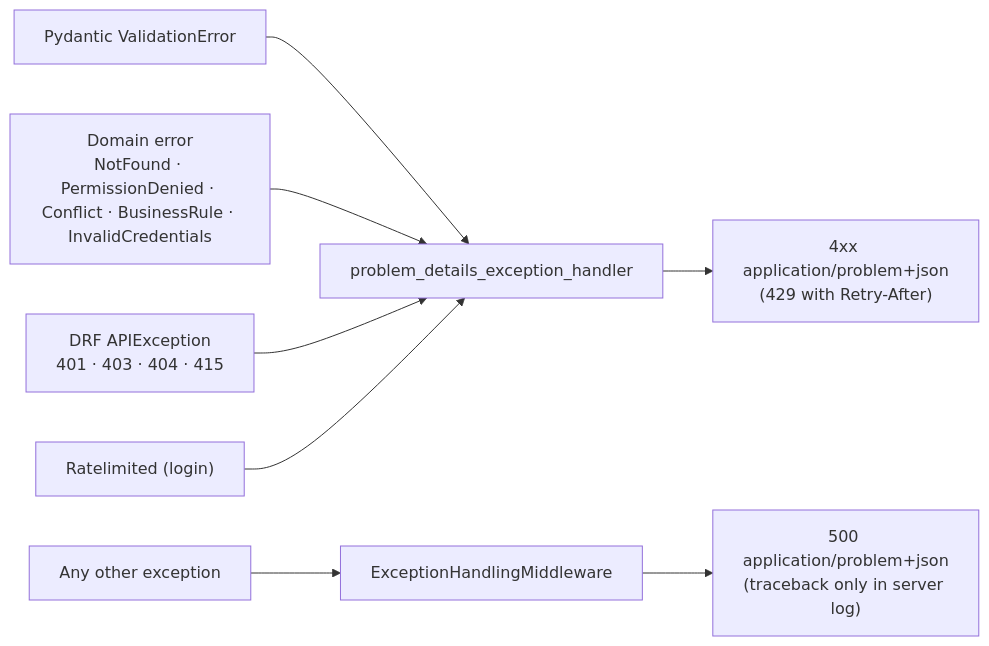
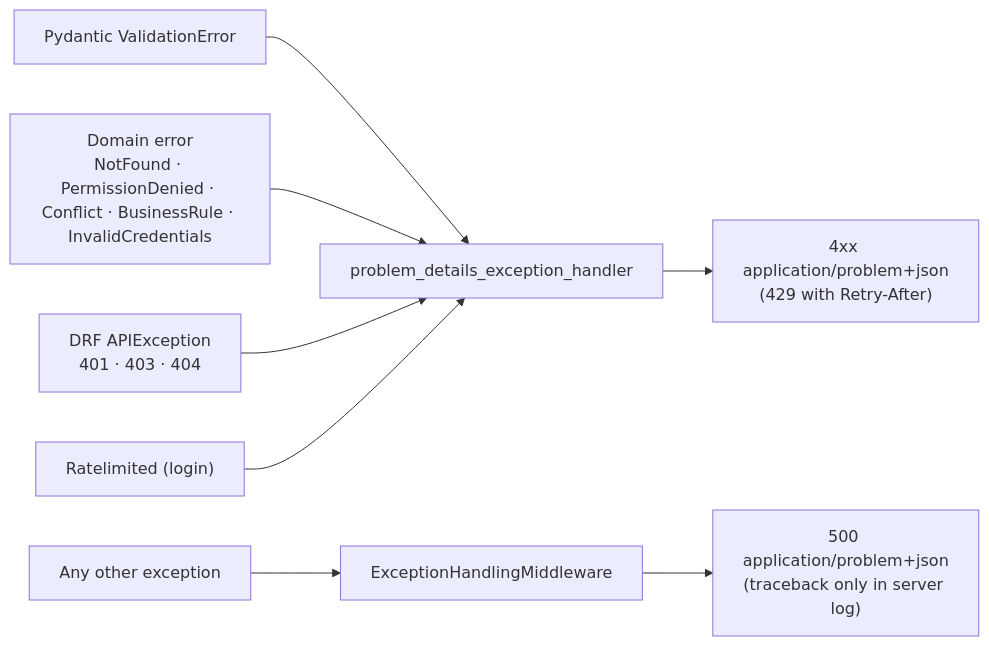
The third of 4 diagrams in README.md (YonatanHen/BookItAPI), drawn with Mermaid before and after one commit. The commit also changed other lines of this file, not shown here.

````diff
--- a/README.md
+++ b/README.md
@@ -242,9 +242,9 @@
 ```mermaid
 flowchart LR
     e1["Pydantic ValidationError"] --> h["problem_details_exception_handler"]
     e2["Domain error<br/>NotFound · PermissionDenied · Conflict · BusinessRule · InvalidCredentials"] --> h
-    e3["DRF APIException<br/>401 · 403 · 404 · 415"] --> h
+    e3["DRF APIException<br/>401 · 403 · 404"] --> h
     e5["Ratelimited (login)"] --> h
     h --> r1["4xx application/problem+json<br/>(429 with Retry-After)"]
     e4["Any other exception"] --> m["ExceptionHandlingMiddleware"] --> r2["500 application/problem+json<br/>(traceback only in server log)"]
 ```
````
